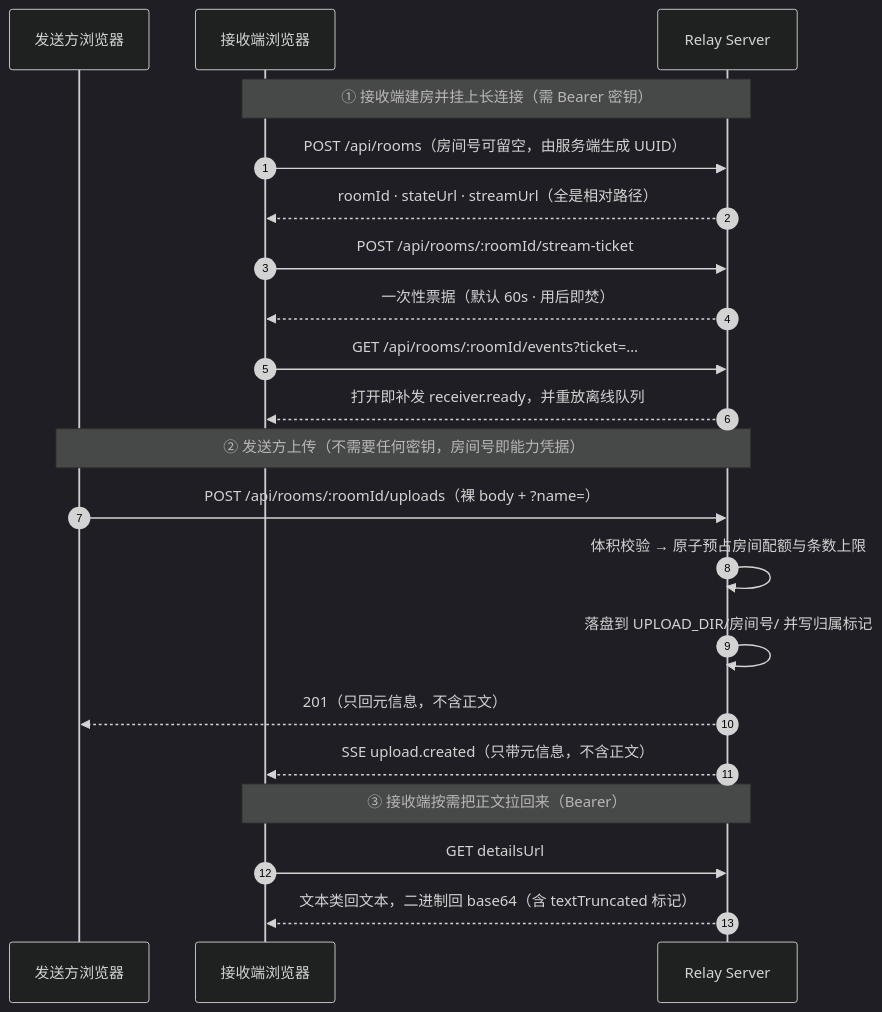
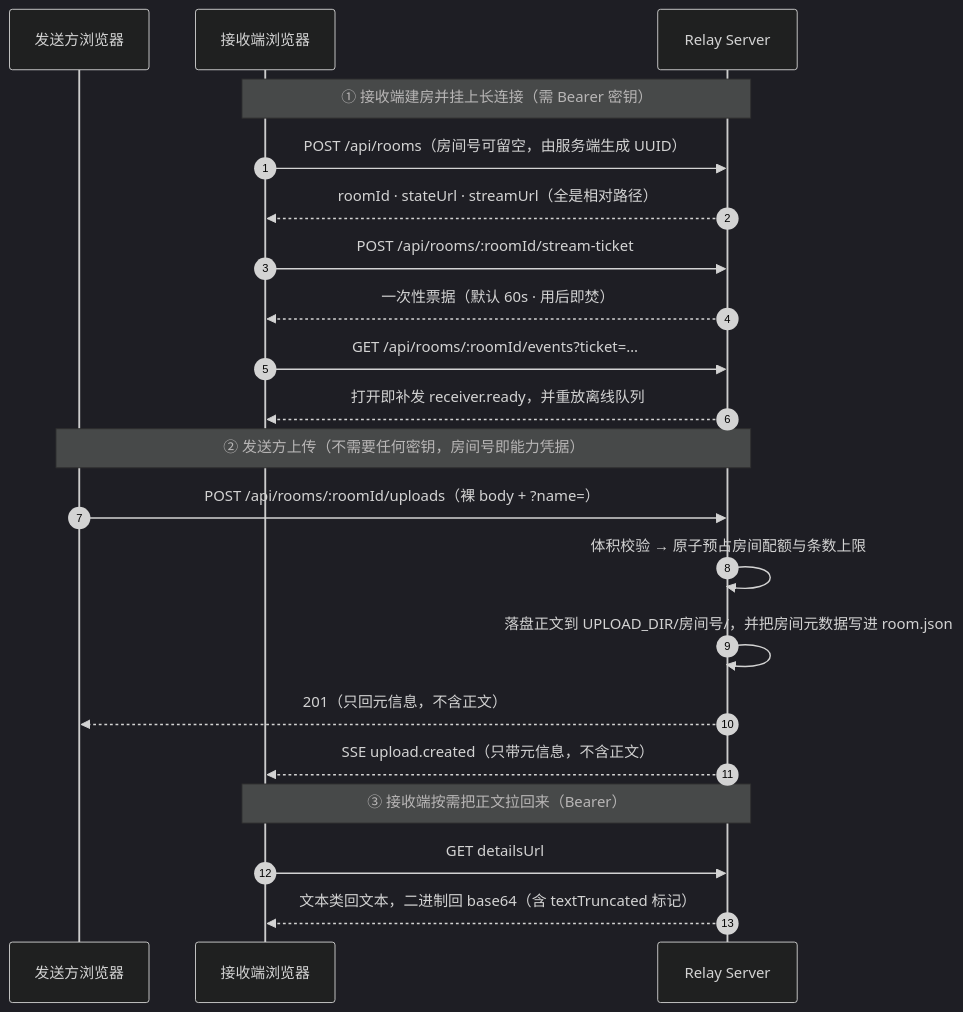
One commit to HHSTU-IST/coolector changed the second of 2 diagrams in README.md. Above: the diagram before and after it, drawn with Mermaid (dark theme). The commit also changed other lines of this file and 9 other files, not shown here.

````diff
--- a/README.md
+++ b/README.md
@@ -185,26 +186,26 @@
 ```mermaid
 sequenceDiagram
   autonumber
   participant S as 发送方浏览器
   participant R as 接收端浏览器
   participant Relay as Relay Server
 
   Note over R,Relay: ① 接收端建房并挂上长连接（需 Bearer 密钥）
   R->>Relay: POST /api/rooms（房间号可留空，由服务端生成 UUID）
   Relay-->>R: roomId · stateUrl · streamUrl（全是相对路径）
   R->>Relay: POST /api/rooms/:roomId/stream-ticket
   Relay-->>R: 一次性票据（默认 60s · 用后即焚）
   R->>Relay: GET /api/rooms/:roomId/events?ticket=…
   Relay-->>R: 打开即补发 receiver.ready，并重放离线队列
 
   Note over S,Relay: ② 发送方上传（不需要任何密钥，房间号即能力凭据）
   S->>Relay: POST /api/rooms/:roomId/uploads（裸 body + ?name=）
   Relay->>Relay: 体积校验 → 原子预占房间配额与条数上限
-  Relay->>Relay: 落盘到 UPLOAD_DIR/房间号/ 并写归属标记
+  Relay->>Relay: 落盘正文到 UPLOAD_DIR/房间号/，并把房间元数据写进 room.json
   Relay-->>S: 201（只回元信息，不含正文）
   Relay-->>R: SSE upload.created（只带元信息，不含正文）
 
   Note over R,Relay: ③ 接收端按需把正文拉回来（Bearer）
   R->>Relay: GET detailsUrl
   Relay-->>R: 文本类回文本，二进制回 base64（含 textTruncated 标记）
 ```
````
